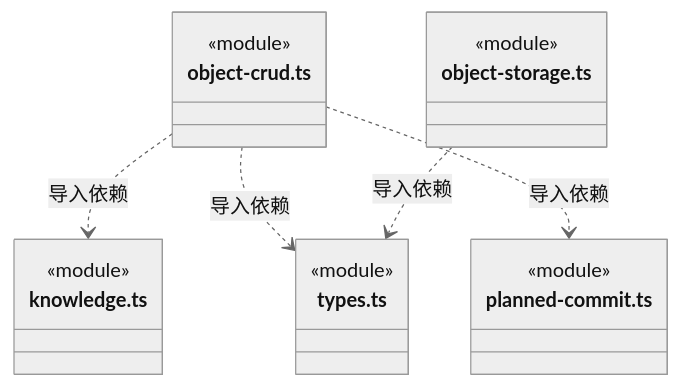
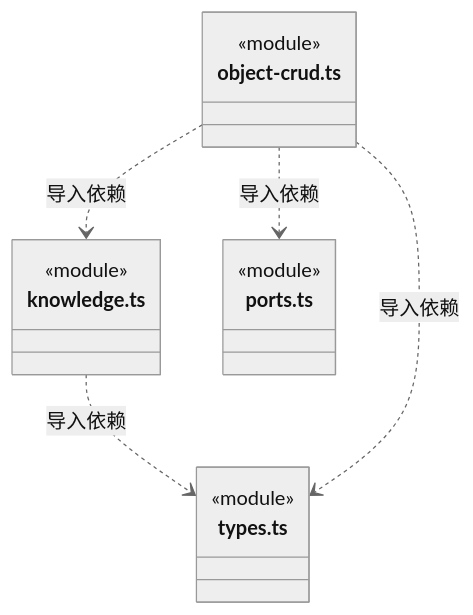
Before and after one commit to nan023062/cbim: diagram 28 of 31 in src/backend/core/knowledge/ARCHITECTURE.md, drawn with Mermaid (neutral theme). The commit also changed other lines of this file and 36 other files, not shown here.

````diff
--- a/src/backend/core/knowledge/ARCHITECTURE.md
+++ b/src/backend/core/knowledge/ARCHITECTURE.md
@@ -616,22 +658,19 @@
 ```mermaid
 classDiagram
-class N_src_backend_core_knowledge_object_crud_ts["object-crud.ts"] {
-  <<module>>
-}
 class N_src_backend_core_knowledge_knowledge_ts["knowledge.ts"] {
   <<module>>
 }
 class N_src_backend_core_knowledge_types_ts["types.ts"] {
   <<module>>
 }
-class N_src_backend_core_knowledge_planned_commit_ts["planned-commit.ts"] {
+class N_src_backend_core_knowledge_object_crud_ts["object-crud.ts"] {
   <<module>>
 }
-class N_src_backend_core_knowledge_object_storage_ts["object-storage.ts"] {
+class N_src_backend_core_knowledge_ports_ts["ports.ts"] {
   <<module>>
 }
+N_src_backend_core_knowledge_knowledge_ts ..> N_src_backend_core_knowledge_types_ts : 导入依赖
+N_src_backend_core_knowledge_object_crud_ts ..> N_src_backend_core_knowledge_ports_ts : 导入依赖
 N_src_backend_core_knowledge_object_crud_ts ..> N_src_backend_core_knowledge_knowledge_ts : 导入依赖
 N_src_backend_core_knowledge_object_crud_ts ..> N_src_backend_core_knowledge_types_ts : 导入依赖
-N_src_backend_core_knowledge_object_crud_ts ..> N_src_backend_core_knowledge_planned_commit_ts : 导入依赖
-N_src_backend_core_knowledge_object_storage_ts ..> N_src_backend_core_knowledge_types_ts : 导入依赖
 ```
````
